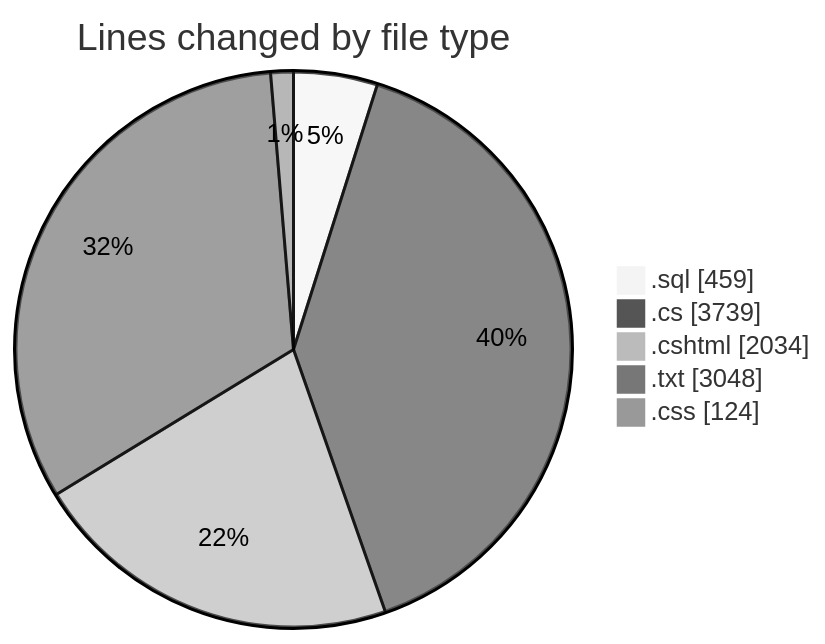
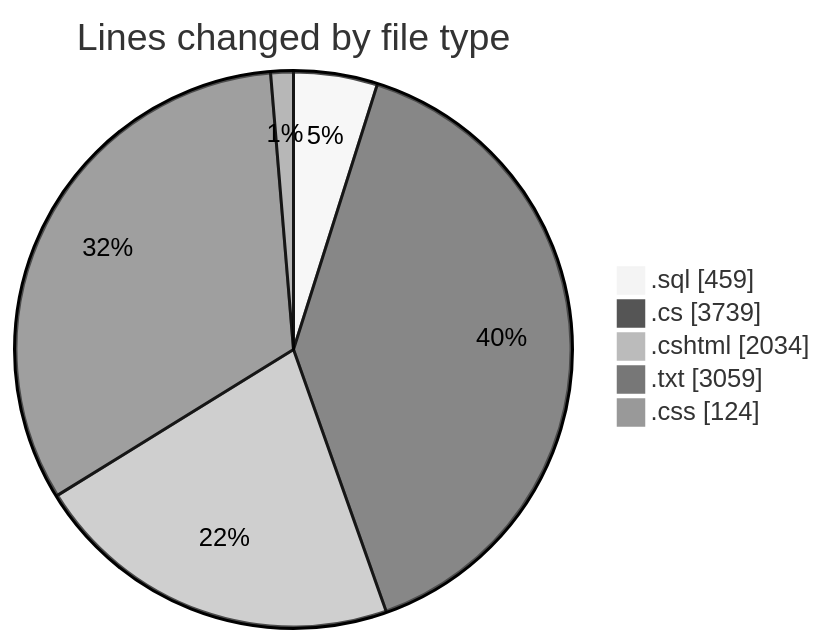
Before and after one commit to lephambinh05/code-tracking: the first of 2 diagrams in 2025-07-23/quanlyrapchieuphim/README.md, drawn with Mermaid (neutral theme). The commit also changed other lines of this file and 1 other file, not shown here.

````diff
--- a/2025-07-23/quanlyrapchieuphim/README.md
+++ b/2025-07-23/quanlyrapchieuphim/README.md
@@ -34,9 +34,9 @@
 ```mermaid
 pie showData
 title Lines changed by file type
 ".sql" : 459
 ".cs" : 3739
 ".cshtml" : 2034
-".txt" : 3048
+".txt" : 3059
 ".css" : 124
 ```
````
